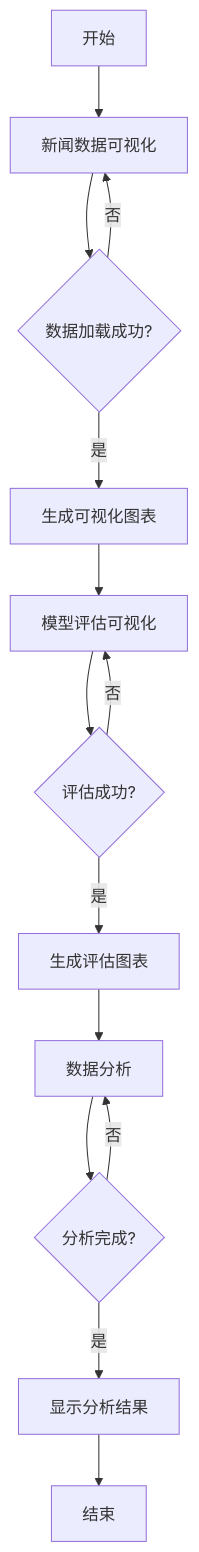
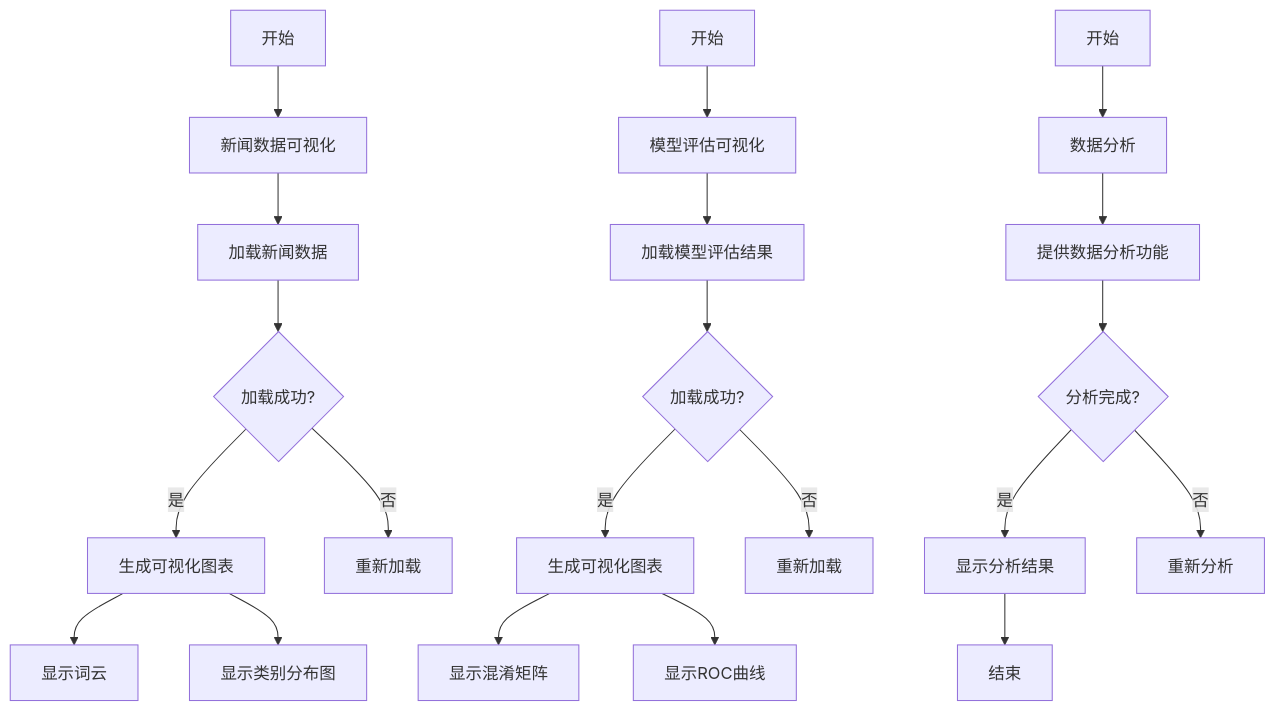
One commit to zizairufeng/iodraw-files changed the diagram in all/未命名.md. Above: the diagram before and after it, drawn with Mermaid.

Commit message:
2025-03-23 18:00:50 update

````diff
--- a/all/未命名.md
+++ b/all/未命名.md
@@ -1,16 +1,25 @@
 ```mermaid
 graph TD
     Start[开始] --> A[新闻数据可视化]
-    A --> B{数据加载成功?}
-    B -->|是| C[生成可视化图表]
-    B -->|否| A
-    C --> D[模型评估可视化]
-    D --> E{评估成功?}
-    E -->|是| F[生成评估图表]
-    E -->|否| D
-    F --> G[数据分析]
-    G --> H{分析完成?}
-    H -->|是| I[显示分析结果]
-    H -->|否| G
-    I --> End[结束]
+    A --> B[加载新闻数据]
+    B --> C{加载成功?}
+    C -->|是| D[生成可视化图表]
+    C -->|否| E[重新加载]
+    D --> F[显示词云]
+    D --> G[显示类别分布图]
+
+    Start2[开始] --> H[模型评估可视化]
+    H --> I[加载模型评估结果]
+    I --> J{加载成功?}
+    J -->|是| K[生成可视化图表]
+    J -->|否| L[重新加载]
+    K --> M[显示混淆矩阵]
+    K --> N[显示ROC曲线]
+
+    Start3[开始] --> O[数据分析]
+    O --> P[提供数据分析功能]
+    P --> Q{分析完成?}
+    Q -->|是| R[显示分析结果]
+    Q -->|否| S[重新分析]
+    R --> End[结束]
 ```
````
